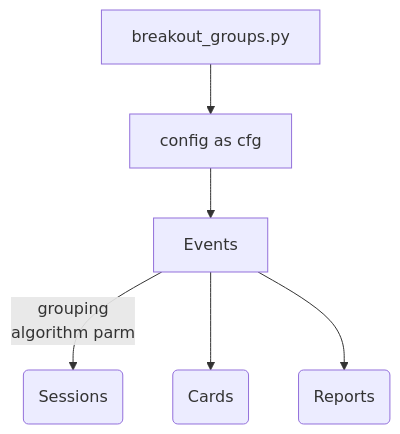
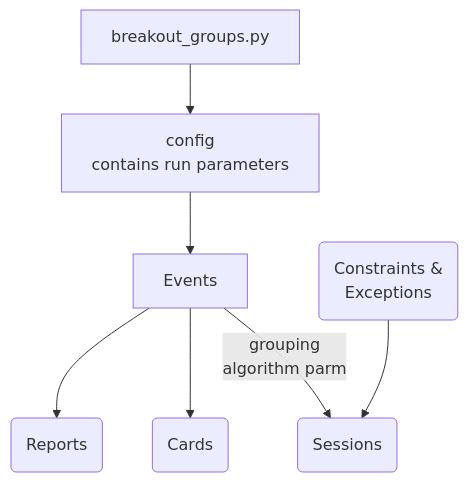
The first of 2 diagrams in doc/sys-diagram.md (cswaim/breakout_groups), drawn with Mermaid before and after one commit. The commit also changed other lines of this file, not shown here.

````diff
--- a/doc/sys-diagram.md
+++ b/doc/sys-diagram.md
@@ -7,8 +13,9 @@
 ```mermaid
   graph TD;
-      A[breakout_groups.py]-->B[config as cfg];
+      A[breakout_groups.py]-->B[config<br/>contains run parameters];
       B-->C[Events];
       C-->|grouping<br/>algorithm parm| D(Sessions);
       C-->E(Cards);
       C-->F(Reports);
+      G(Constraints &<br/>Exceptions)-->D
 ```
````
